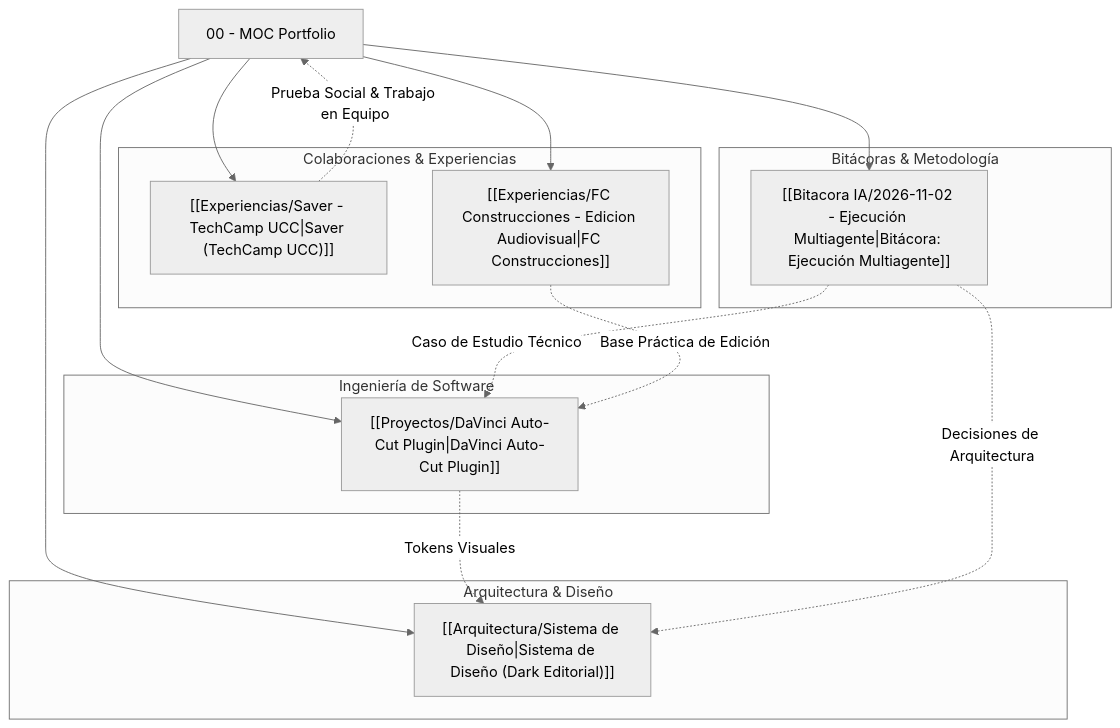
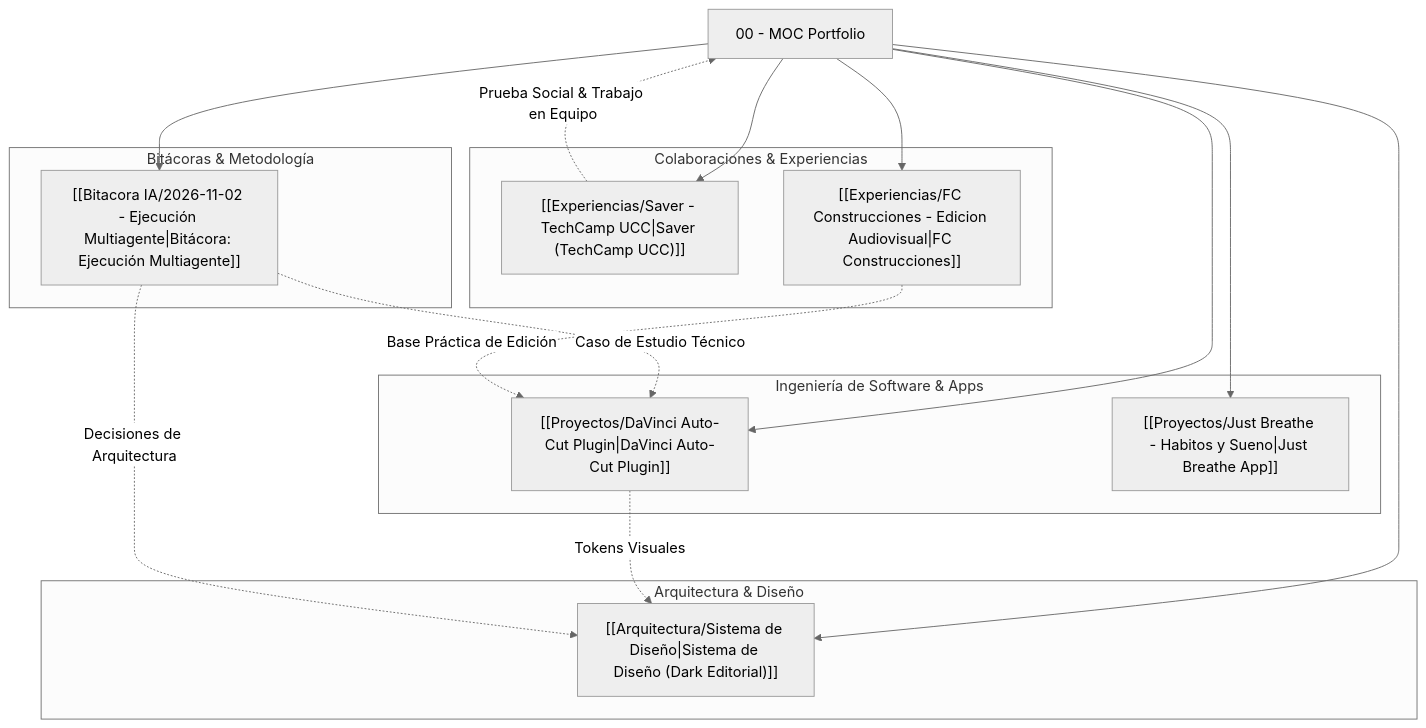
The diagram in docs/vault/00 - MOC Portfolio.md (Spukerrs/portfolio), drawn with Mermaid (neutral theme) before and after one commit. The commit also changed other lines of this file and 4 other files, not shown here.

Commit message:
feat: add Just Breathe project with Santiago Román, update Keep projects, and refine honest testing-obsessive philosophy

````diff
--- a/docs/vault/00 - MOC Portfolio.md
+++ b/docs/vault/00 - MOC Portfolio.md
@@ -30,33 +30,35 @@
 ```mermaid
 graph TD
     MOC["00 - MOC Portfolio"]
     
     subgraph Arquitectura ["Arquitectura & Diseño"]
         DIS["[[Arquitectura/Sistema de Diseño|Sistema de Diseño (Dark Editorial)]]"]
     end
     
-    subgraph Proyectos ["Ingeniería de Software"]
+    subgraph Proyectos ["Ingeniería de Software & Apps"]
         DVC["[[Proyectos/DaVinci Auto-Cut Plugin|DaVinci Auto-Cut Plugin]]"]
+        JBR["[[Proyectos/Just Breathe - Habitos y Sueno|Just Breathe App]]"]
     end
     
     subgraph Academico ["Bitácoras & Metodología"]
         BIT["[[Bitacora IA/2026-11-02 - Ejecución Multiagente|Bitácora: Ejecución Multiagente]]"]
     end
     
     subgraph Experiencia ["Colaboraciones & Experiencias"]
         SAV["[[Experiencias/Saver - TechCamp UCC|Saver (TechCamp UCC)]]"]
         FCC["[[Experiencias/FC Construcciones - Edicion Audiovisual|FC Construcciones]]"]
     end
     
     MOC --> DIS
     MOC --> DVC
+    MOC --> JBR
     MOC --> BIT
     MOC --> SAV
     MOC --> FCC
     
     DVC -.->|Tokens Visuales| DIS
     BIT -.->|Decisiones de Arquitectura| DIS
     BIT -.->|Caso de Estudio Técnico| DVC
     SAV -.->|Prueba Social & Trabajo en Equipo| MOC
     FCC -.->|Base Práctica de Edición| DVC
 ```
````
